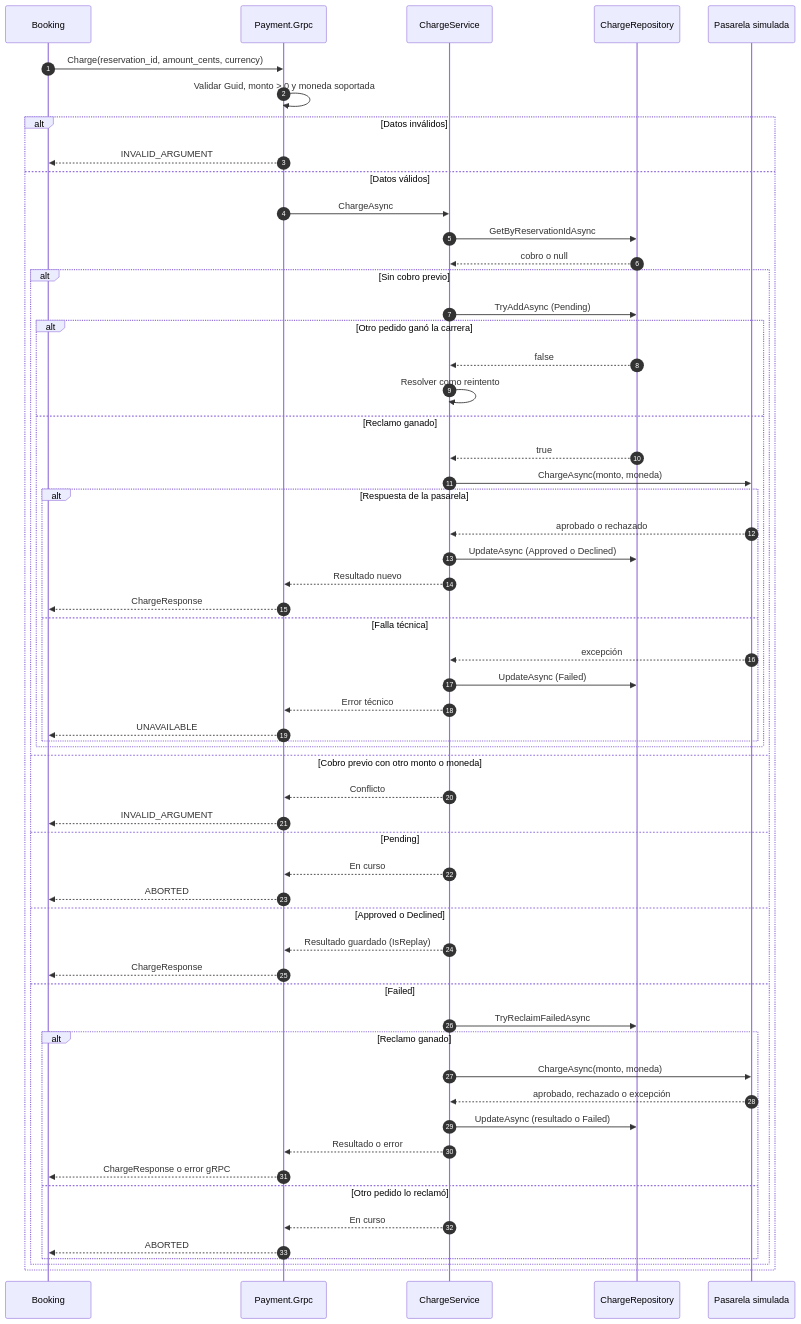
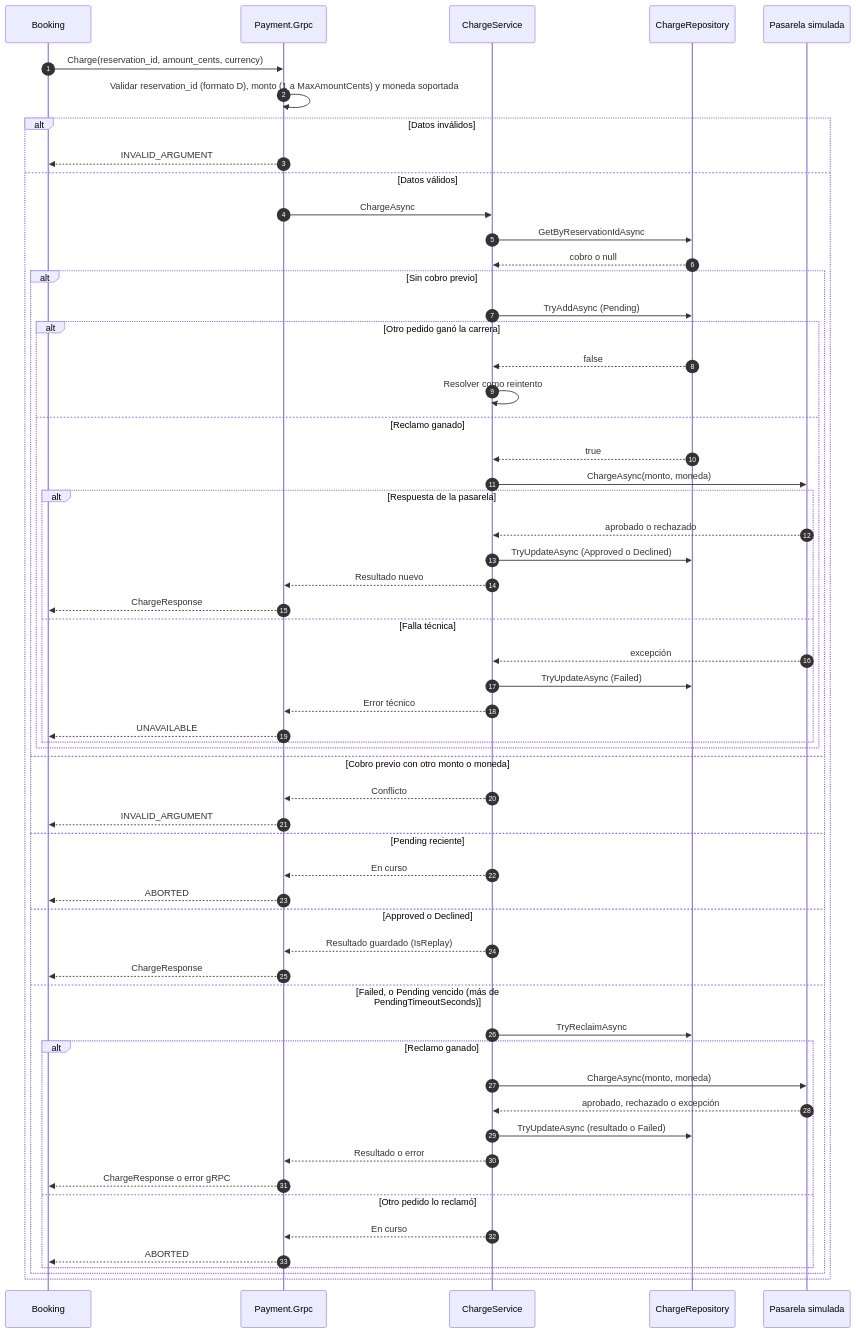
Before and after one commit to UTN-Progra-IV-grupo-4/tp-final-progra-iv: the diagram in docs/contracts/payment.md, drawn with Mermaid. The commit also changed other lines of this file and 1 other file, not shown here.

Commit message:
docs(payment): actualizar nombres del repositorio, diagrama del Pending vencido y limitacion de doble cobro

````diff
--- a/docs/contracts/payment.md
+++ b/docs/contracts/payment.md
@@ -121,63 +121,63 @@
 ```mermaid
 sequenceDiagram
     autonumber
     participant B as Booking
     participant G as Payment.Grpc
     participant S as ChargeService
     participant R as ChargeRepository
     participant P as Pasarela simulada
 
     B->>G: Charge(reservation_id, amount_cents, currency)
-    G->>G: Validar Guid, monto > 0 y moneda soportada
+    G->>G: Validar reservation_id (formato D), monto (1 a MaxAmountCents) y moneda soportada
 
     alt Datos inválidos
         G-->>B: INVALID_ARGUMENT
     else Datos válidos
         G->>S: ChargeAsync
         S->>R: GetByReservationIdAsync
         R-->>S: cobro o null
 
         alt Sin cobro previo
             S->>R: TryAddAsync (Pending)
             alt Otro pedido ganó la carrera
                 R-->>S: false
                 S->>S: Resolver como reintento
             else Reclamo ganado
                 R-->>S: true
                 S->>P: ChargeAsync(monto, moneda)
                 alt Respuesta de la pasarela
                     P-->>S: aprobado o rechazado
-                    S->>R: UpdateAsync (Approved o Declined)
+                    S->>R: TryUpdateAsync (Approved o Declined)
                     S-->>G: Resultado nuevo
                     G-->>B: ChargeResponse
                 else Falla técnica
                     P-->>S: excepción
-                    S->>R: UpdateAsync (Failed)
+                    S->>R: TryUpdateAsync (Failed)
                     S-->>G: Error técnico
                     G-->>B: UNAVAILABLE
                 end
             end
         else Cobro previo con otro monto o moneda
             S-->>G: Conflicto
             G-->>B: INVALID_ARGUMENT
-        else Pending
+        else Pending reciente
             S-->>G: En curso
             G-->>B: ABORTED
         else Approved o Declined
             S-->>G: Resultado guardado (IsReplay)
             G-->>B: ChargeResponse
-        else Failed
-            S->>R: TryReclaimFailedAsync
+        else Failed, o Pending vencido (más de PendingTimeoutSeconds)
+            S->>R: TryReclaimAsync
             alt Reclamo ganado
                 S->>P: ChargeAsync(monto, moneda)
                 P-->>S: aprobado, rechazado o excepción
-                S->>R: UpdateAsync (resultado o Failed)
+                S->>R: TryUpdateAsync (resultado o Failed)
                 S-->>G: Resultado o error
                 G-->>B: ChargeResponse o error gRPC
             else Otro pedido lo reclamó
                 S-->>G: En curso
                 G-->>B: ABORTED
             end
         end
     end
 ```
````
